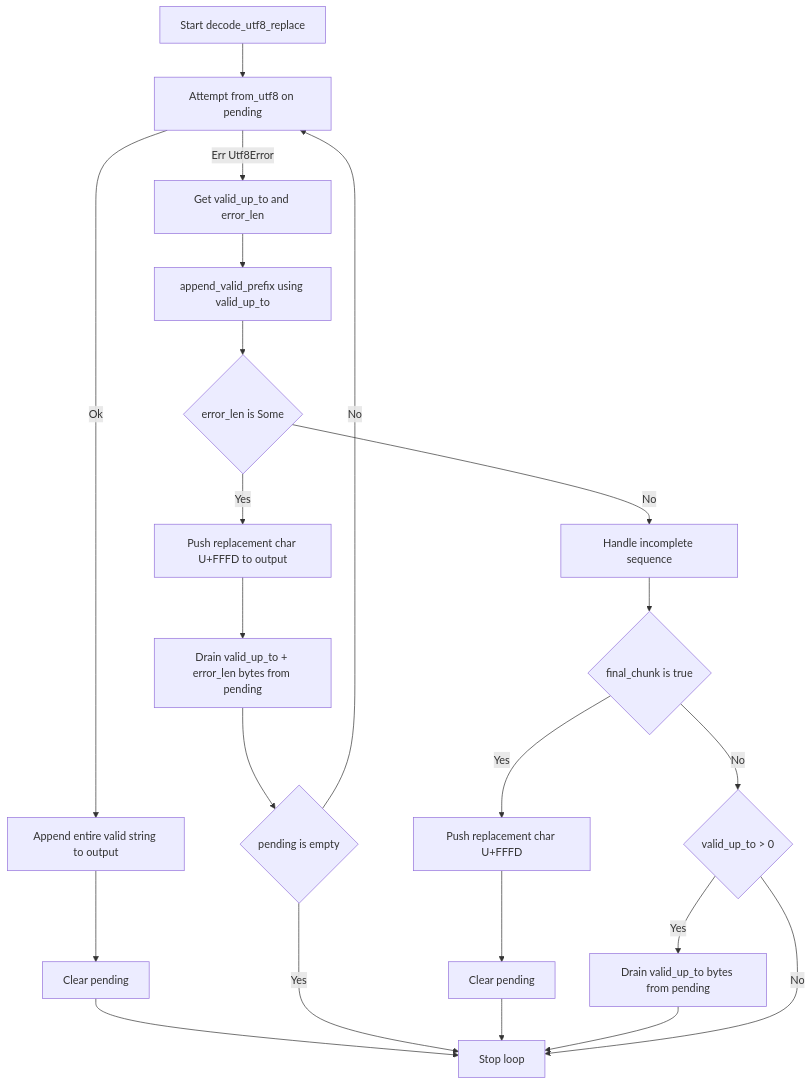
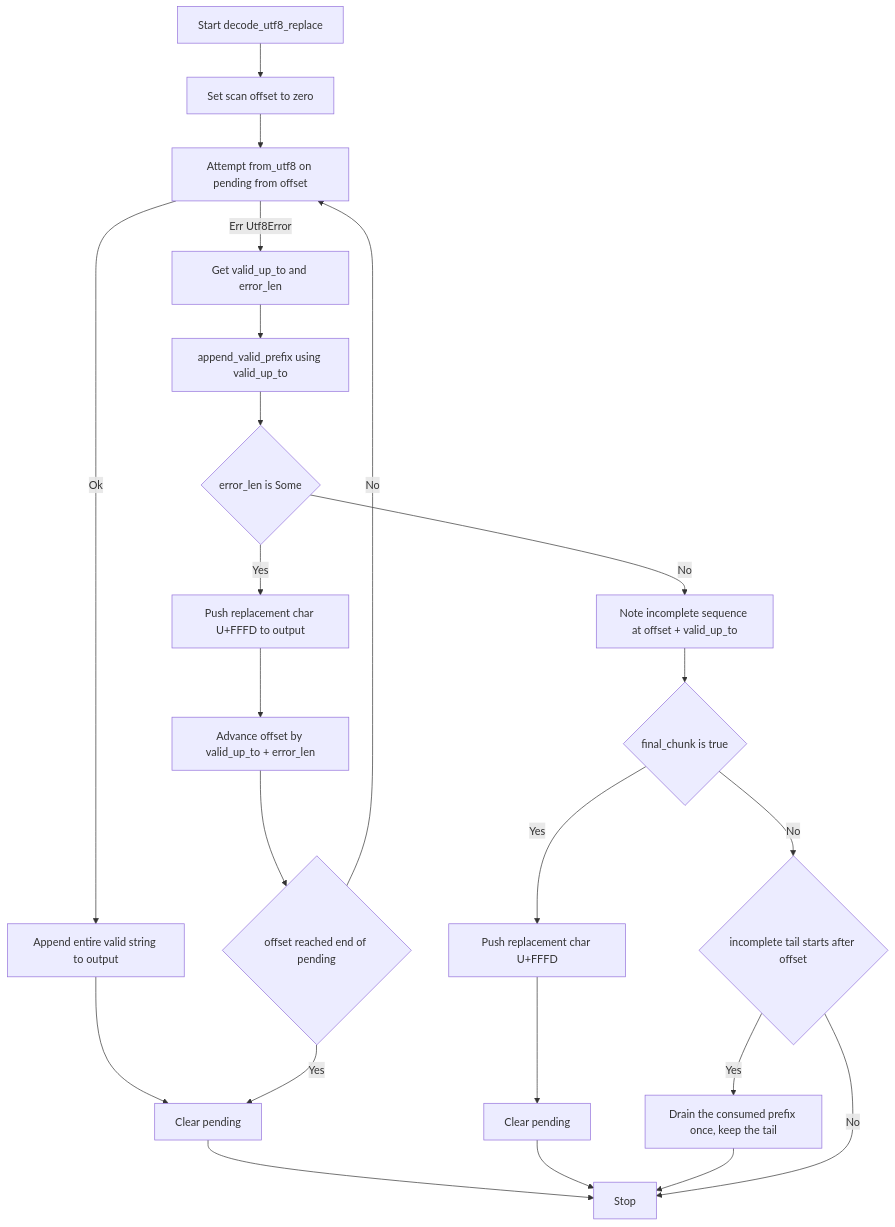
Before and after one commit to leynos/cuprum: diagram 20 of 23 in docs/cuprum-design.md, drawn with Mermaid. The commit also changed 3 other files, not shown here.

````diff
--- a/docs/cuprum-design.md
+++ b/docs/cuprum-design.md
@@ -3867,28 +3867,29 @@
 ```mermaid
 flowchart TD
-    A[Start decode_utf8_replace] --> B[Attempt from_utf8 on pending]
-    B -->|Ok| C[Append entire valid string to output]
-    C --> D[Clear pending]
-    D --> E[Stop loop]
+    A[Start decode_utf8_replace] --> B[Set scan offset to zero]
+    B --> C[Attempt from_utf8 on pending from offset]
+    C -->|Ok| D[Append entire valid string to output]
+    D --> E[Clear pending]
+    E --> F[Stop]
 
-    B -->|Err Utf8Error| F[Get valid_up_to and error_len]
-    F --> G[append_valid_prefix using valid_up_to]
+    C -->|Err Utf8Error| G[Get valid_up_to and error_len]
+    G --> H[append_valid_prefix using valid_up_to]
 
-    G --> H{error_len is Some}
-    H -->|Yes| I[Push replacement char U+FFFD to output]
-    I --> J[Drain valid_up_to + error_len bytes from pending]
-    J --> K{pending is empty}
-    K -->|Yes| E
-    K -->|No| B
+    H --> I{error_len is Some}
+    I -->|Yes| J[Push replacement char U+FFFD to output]
+    J --> K[Advance offset by valid_up_to + error_len]
+    K --> L{offset reached end of pending}
+    L -->|Yes| E
+    L -->|No| C
 
-    H -->|No| L[Handle incomplete sequence]
-    L --> M{final_chunk is true}
-    M -->|Yes| N[Push replacement char U+FFFD]
-    N --> O[Clear pending]
-    O --> E
+    I -->|No| M[Note incomplete sequence at offset + valid_up_to]
+    M --> N{final_chunk is true}
+    N -->|Yes| O[Push replacement char U+FFFD]
+    O --> P[Clear pending]
+    P --> F
 
-    M -->|No| P{valid_up_to > 0}
-    P -->|Yes| Q[Drain valid_up_to bytes from pending]
-    Q --> E
-    P -->|No| E
+    N -->|No| Q{incomplete tail starts after offset}
+    Q -->|Yes| R[Drain the consumed prefix once, keep the tail]
+    R --> F
+    Q -->|No| F
 ```
````
